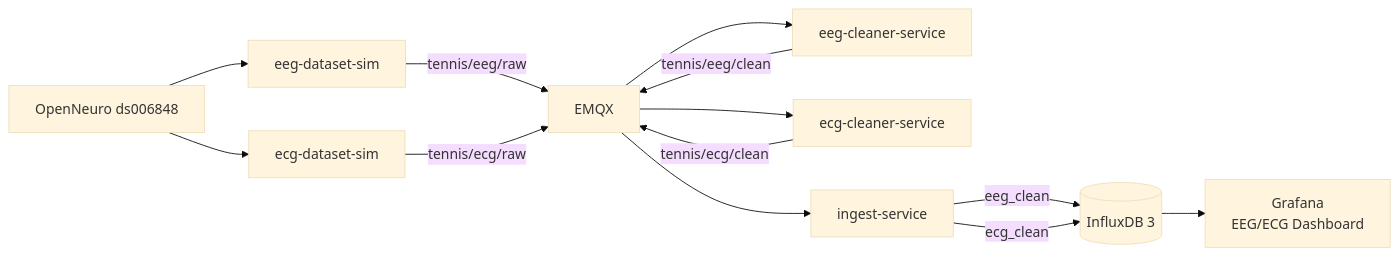
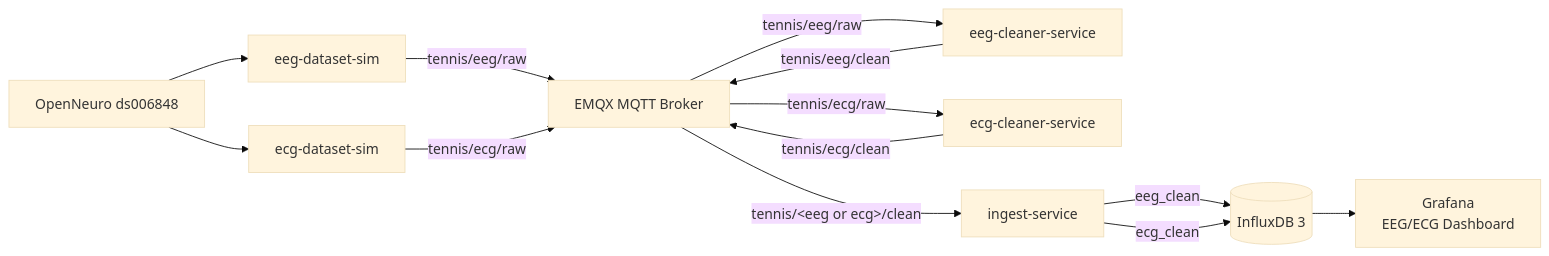
Before and after one commit to Aramushaa/Smart-Tennis-Field: the ninth of 10 diagrams in docs/Phases.md, drawn with Mermaid (base theme). The commit also changed other lines of this file, not shown here.

Commit message:
Refactor Phases.md Graphs

````diff
--- a/docs/Phases.md
+++ b/docs/Phases.md
@@ -408,20 +410,20 @@
 ```mermaid
 flowchart LR
     OD[OpenNeuro ds006848] --> EEGSIM[eeg-dataset-sim]
     OD --> ECGSIM[ecg-dataset-sim]
 
-    EEGSIM -->|tennis/eeg/raw| EMQX[EMQX]
+    EEGSIM -->|tennis/eeg/raw| EMQX[EMQX MQTT Broker]
     ECGSIM -->|tennis/ecg/raw| EMQX
 
-    EMQX --> EEGC[eeg-cleaner-service]
-    EMQX --> ECGC[ecg-cleaner-service]
+    EMQX -->|tennis/eeg/raw| EEGC[eeg-cleaner-service]
+    EMQX -->|tennis/ecg/raw| ECGC[ecg-cleaner-service]
 
     EEGC -->|tennis/eeg/clean| EMQX
     ECGC -->|tennis/ecg/clean| EMQX
 
-    EMQX --> ING[ingest-service]
+    EMQX -->|tennis/&lt;eeg or ecg&gt;/clean| ING[ingest-service]
     ING -->|eeg_clean| DB[(InfluxDB 3)]
     ING -->|ecg_clean| DB
 
     DB --> G[Grafana<br/>EEG/ECG Dashboard]
 ```
````
